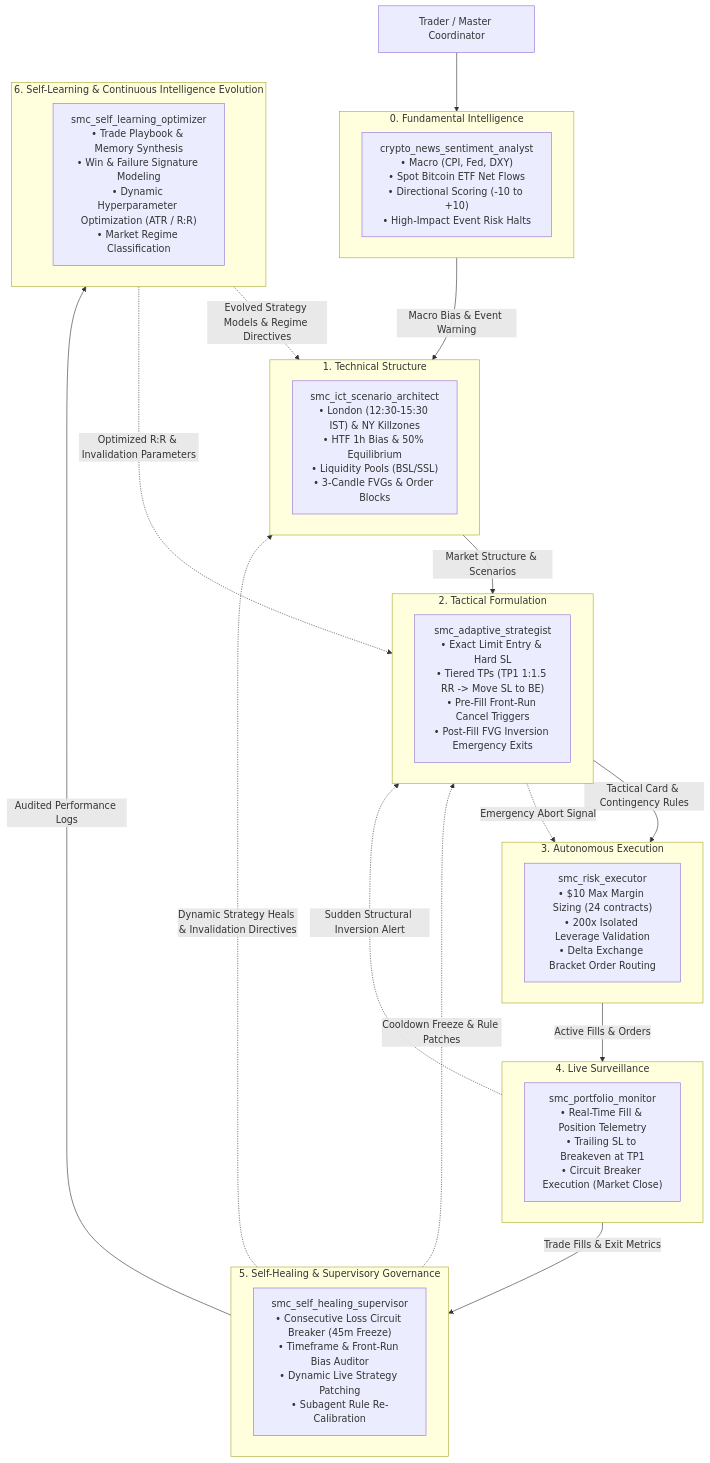
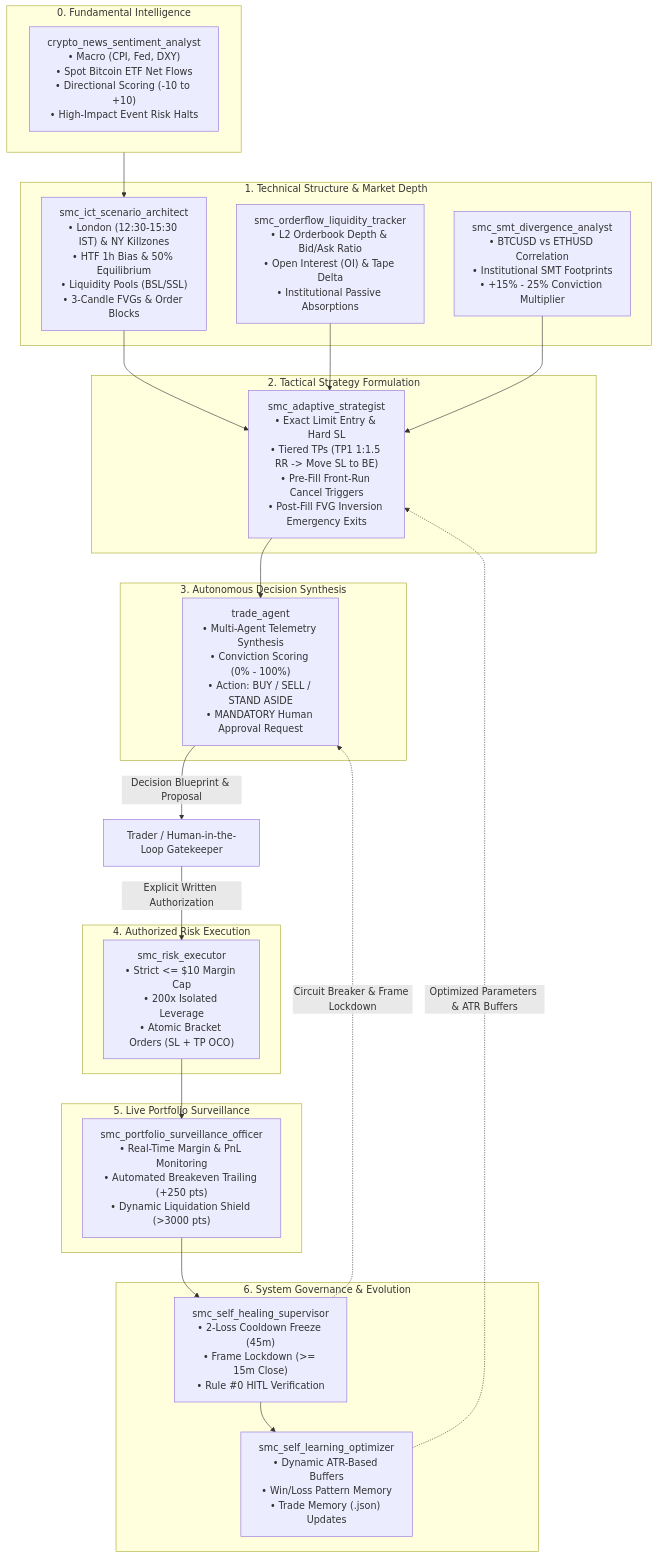
One commit to bns218/Delta_MCP changed the diagram in subagents_trading_plan.md. Above: the diagram before and after it, drawn with Mermaid. The commit also changed 1 other file, not shown here.

Commit message:
docs: synchronize master smc-trader skill and architecture workflow to 10 subagents

````diff
--- a/subagents_trading_plan.md
+++ b/subagents_trading_plan.md
@@ -13,46 +13,48 @@
 ```mermaid
 flowchart TD
-    User["Trader / Master Coordinator"]
+    User["Trader / Human-in-the-Loop Gatekeeper"]
 
     subgraph Phase0["0. Fundamental Intelligence"]
         NewsAgent["crypto_news_sentiment_analyst\n• Macro (CPI, Fed, DXY)\n• Spot Bitcoin ETF Net Flows\n• Directional Scoring (-10 to +10)\n• High-Impact Event Risk Halts"]
     end
 
-    subgraph Phase1["1. Technical Structure"]
+    subgraph Phase1["1. Technical Structure & Market Depth"]
         Architect["smc_ict_scenario_architect\n• London (12:30-15:30 IST) & NY Killzones\n• HTF 1h Bias & 50% Equilibrium\n• Liquidity Pools (BSL/SSL)\n• 3-Candle FVGs & Order Blocks"]
+        Orderflow["smc_orderflow_liquidity_tracker\n• L2 Orderbook Depth & Bid/Ask Ratio\n• Open Interest (OI) & Tape Delta\n• Institutional Passive Absorptions"]
+        SMT["smc_smt_divergence_analyst\n• BTCUSD vs ETHUSD Correlation\n• Institutional SMT Footprints\n• +15% - 25% Conviction Multiplier"]
     end
 
-    subgraph Phase2["2. Tactical Formulation"]
+    subgraph Phase2["2. Tactical Strategy Formulation"]
         Strategist["smc_adaptive_strategist\n• Exact Limit Entry & Hard SL\n• Tiered TPs (TP1 1:1.5 RR -> Move SL to BE)\n• Pre-Fill Front-Run Cancel Triggers\n• Post-Fill FVG Inversion Emergency Exits"]
     end
 
-    subgraph Phase3["3. Autonomous Execution"]
-        Executor["smc_risk_executor\n• $10 Max Margin Sizing (24 contracts)\n• 200x Isolated Leverage Validation\n• Delta Exchange Bracket Order Routing"]
+    subgraph Phase3["3. Autonomous Decision Synthesis"]
+        TradeAgent["trade_agent\n• Multi-Agent Telemetry Synthesis\n• Conviction Scoring (0% - 100%)\n• Action: BUY / SELL / STAND ASIDE\n• MANDATORY Human Approval Request"]
     end
 
-    subgraph Phase4["4. Live Surveillance"]
-        Monitor["smc_portfolio_monitor\n• Real-Time Fill & Position Telemetry\n• Trailing SL to Breakeven at TP1\n• Circuit Breaker Execution (Market Close)"]
+    subgraph Phase4["4. Authorized Risk Execution"]
+        Executor["smc_risk_executor\n• Strict <= $10 Margin Cap\n• 200x Isolated Leverage\n• Atomic Bracket Orders (SL + TP OCO)"]
     end
 
-    subgraph Phase5["5. Self-Healing & Supervisory Governance"]
-        Healer["smc_self_healing_supervisor\n• Consecutive Loss Circuit Breaker (45m Freeze)\n• Timeframe & Front-Run Bias Auditor\n• Dynamic Live Strategy Patching\n• Subagent Rule Re-Calibration"]
+    subgraph Phase5["5. Live Portfolio Surveillance"]
+        Surveillance["smc_portfolio_surveillance_officer\n• Real-Time Margin & PnL Monitoring\n• Automated Breakeven Trailing (+250 pts)\n• Dynamic Liquidation Shield (>3000 pts)"]
     end
 
-    subgraph Phase6["6. Self-Learning & Continuous Intelligence Evolution"]
-        Learner["smc_self_learning_optimizer\n• Trade Playbook & Memory Synthesis\n• Win & Failure Signature Modeling\n• Dynamic Hyperparameter Optimization (ATR / R:R)\n• Market Regime Classification"]
+    subgraph Phase6["6. System Governance & Evolution"]
+        Healer["smc_self_healing_supervisor\n• 2-Loss Cooldown Freeze (45m)\n• Frame Lockdown (>= 15m Close)\n• Rule #0 HITL Verification"]
+        Learner["smc_self_learning_optimizer\n• Dynamic ATR-Based Buffers\n• Win/Loss Pattern Memory\n• Trade Memory (.json) Updates"]
     end
 
-    User --> Phase0
-    Phase0 -->|Macro Bias & Event Warning| Phase1
-    Phase1 -->|Market Structure & Scenarios| Phase2
-    Phase2 -->|Tactical Card & Contingency Rules| Phase3
-    Phase3 -->|Active Fills & Orders| Phase4
-    Phase4 -->|Trade Fills & Exit Metrics| Phase5
-    Phase5 -->|Audited Performance Logs| Phase6
-    Phase6 -.->|Evolved Strategy Models & Regime Directives| Phase1
-    Phase6 -.->|Optimized R:R & Invalidation Parameters| Phase2
-    Phase5 -.->|Dynamic Strategy Heals & Invalidation Directives| Phase1
-    Phase5 -.->|Cooldown Freeze & Rule Patches| Phase2
-    Phase4 -.->|Sudden Structural Inversion Alert| Phase2
-    Phase2 -.->|Emergency Abort Signal| Phase3
+    Phase0 --> Architect
+    Architect --> Strategist
+    Orderflow --> Strategist
+    SMT --> Strategist
+    Strategist --> TradeAgent
+    TradeAgent -->|Decision Blueprint & Proposal| User
+    User -->|Explicit Written Authorization| Executor
+    Executor --> Surveillance
+    Surveillance --> Healer
+    Healer --> Learner
+    Learner -.->|Optimized Parameters & ATR Buffers| Strategist
+    Healer -.->|Circuit Breaker & Frame Lockdown| TradeAgent
 ```
````
